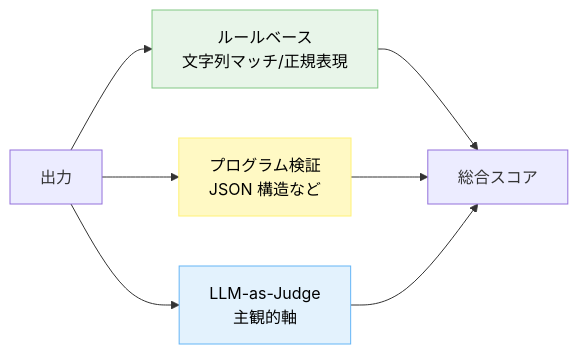
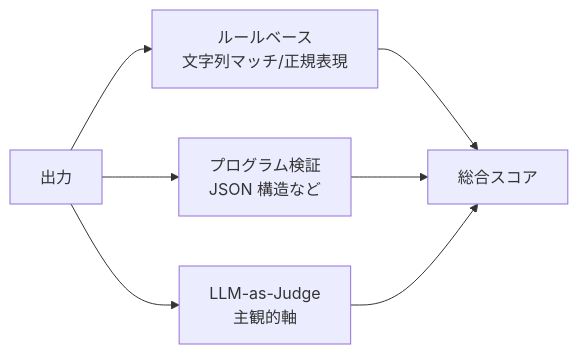
One commit to dinekt/dinekt-wiki changed the second of 3 diagrams in docs/tools/評価ハーネスの設計-プロンプトを育てる仕組み.md. Above: the diagram before and after it, drawn with Mermaid. The commit also changed other lines of this file and 70 other files, not shown here.

First line of the commit message:
fix(mermaid): strip all inline styling, rely on theme

````diff
--- a/docs/tools/評価ハーネスの設計-プロンプトを育てる仕組み.md
+++ b/docs/tools/評価ハーネスの設計-プロンプトを育てる仕組み.md
@@ -68,13 +66,10 @@
 ```mermaid
 flowchart LR
     O[出力] --> G1[ルールベース<br/>文字列マッチ/正規表現]
     O --> G2[プログラム検証<br/>JSON 構造など]
     O --> G3[LLM-as-Judge<br/>主観的軸]
     G1 --> S[総合スコア]
     G2 --> S
     G3 --> S
 
-    style G1 fill:#e8f5e9,stroke:#81c784,color:#000
-    style G2 fill:#fff9c4,stroke:#fff176,color:#000
-    style G3 fill:#e3f2fd,stroke:#64b5f6,color:#000
 ```
````
